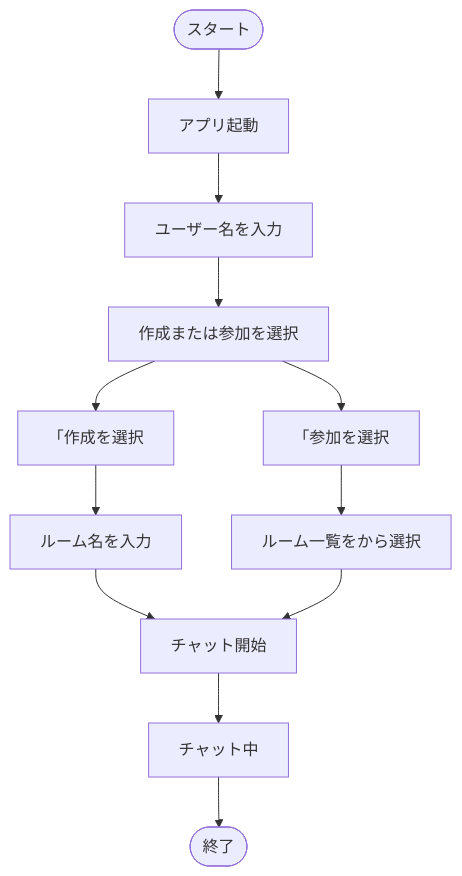
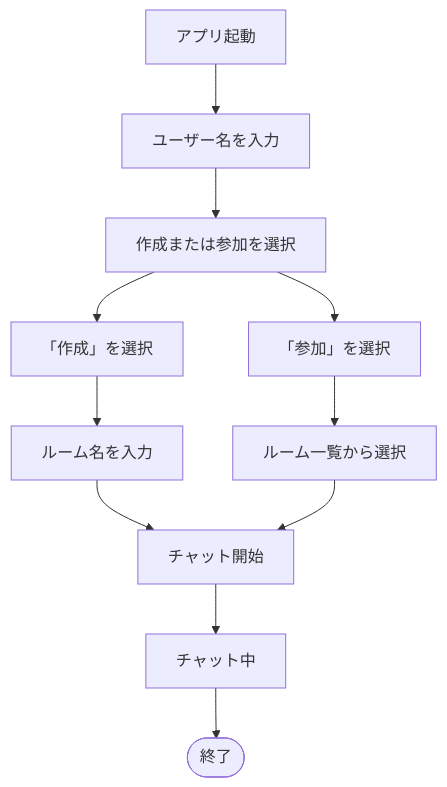
One commit to BackendExplorer/Tenshin changed the first of 3 diagrams in README.md. Above: the diagram before and after it, drawn with Mermaid.

````diff
--- a/README.md
+++ b/README.md
@@ -1,25 +1,24 @@
 ```mermaid
 flowchart TD
-    Start([スタート])
     起動[アプリ起動]
     入力[ユーザー名を入力]
     選択[作成または参加を選択]
 
-    作成1[「作成を選択]
+    作成1[「作成」を選択]
     ルーム名入力[ルーム名を入力]
 
-    参加2[「参加を選択]
-    ルーム一覧[ルーム一覧をから選択]
+    参加2[「参加」を選択]
+    ルーム一覧[ルーム一覧から選択]
 
     チャット開始[チャット開始]
     チャット中[チャット中]
     End([終了])
 
-    Start --> 起動 --> 入力 --> 選択
+    起動 --> 入力 --> 選択
 
     選択 --> 作成1 --> ルーム名入力 --> チャット開始
     選択 --> 参加2 --> ルーム一覧 --> チャット開始
 
     チャット開始 --> チャット中 --> End
 
 ```
````
